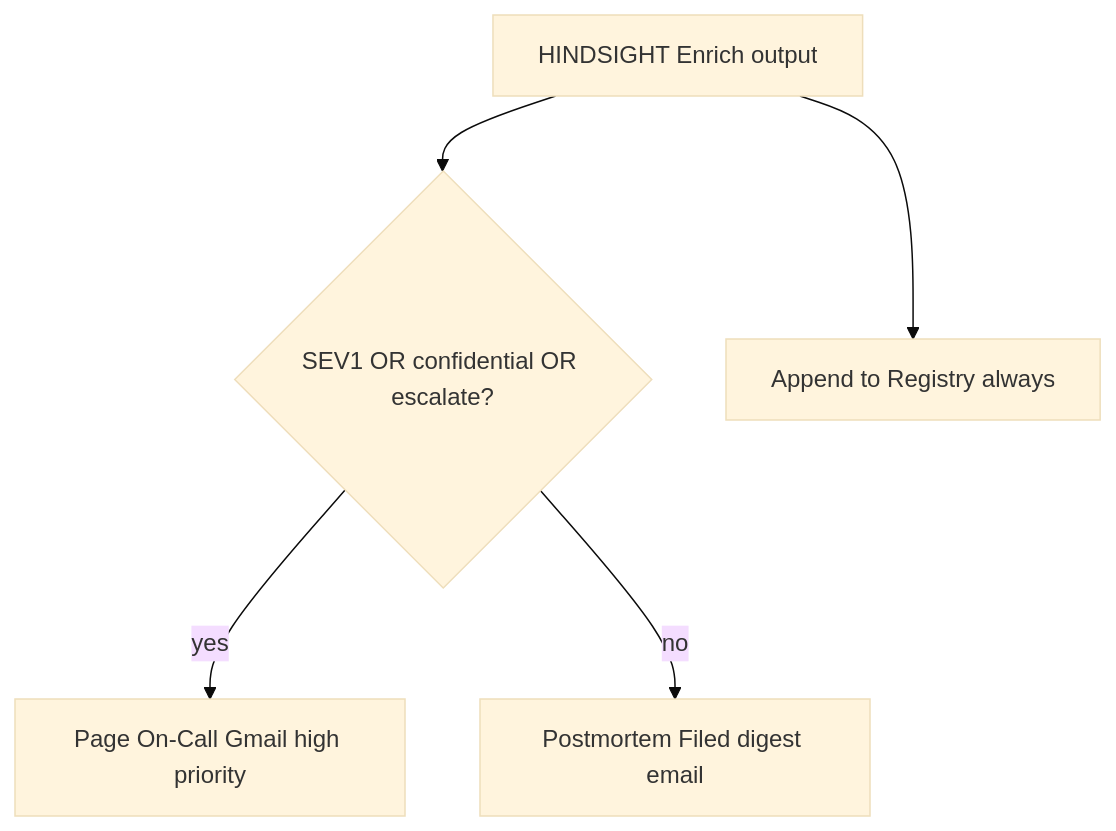
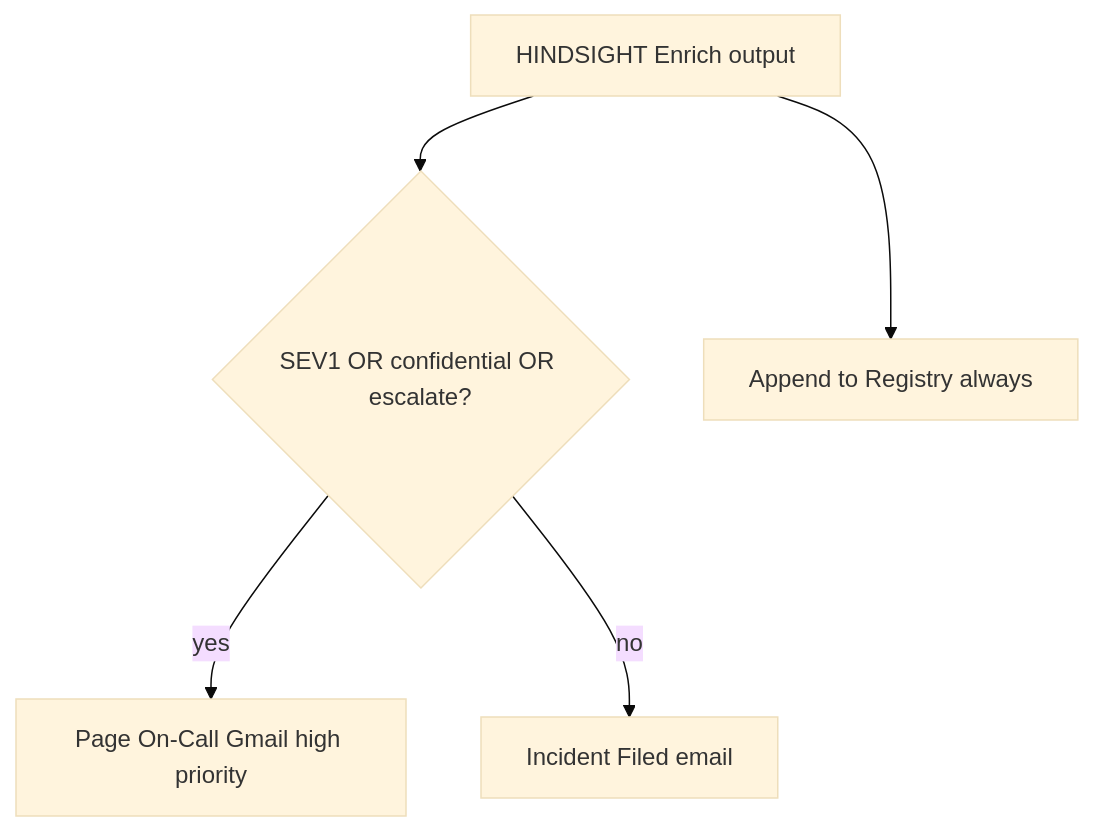
The second of 2 diagrams in docs/bonus-challenges.md (reem-mor/hindsight), drawn with Mermaid (base theme) before and after one commit. The commit also changed other lines of this file and 122 other files, not shown here.

````diff
--- a/docs/bonus-challenges.md
+++ b/docs/bonus-challenges.md
@@ -33,7 +33,7 @@
 ```mermaid
 flowchart TD
   E[HINDSIGHT Enrich output] --> IF{SEV1 OR confidential OR escalate?}
   IF -->|yes| Page[Page On-Call Gmail high priority]
-  IF -->|no| Digest[Postmortem Filed digest email]
+  IF -->|no| Digest[Incident Filed email]
   E --> Sheets[Append to Registry always]
 ```
````
